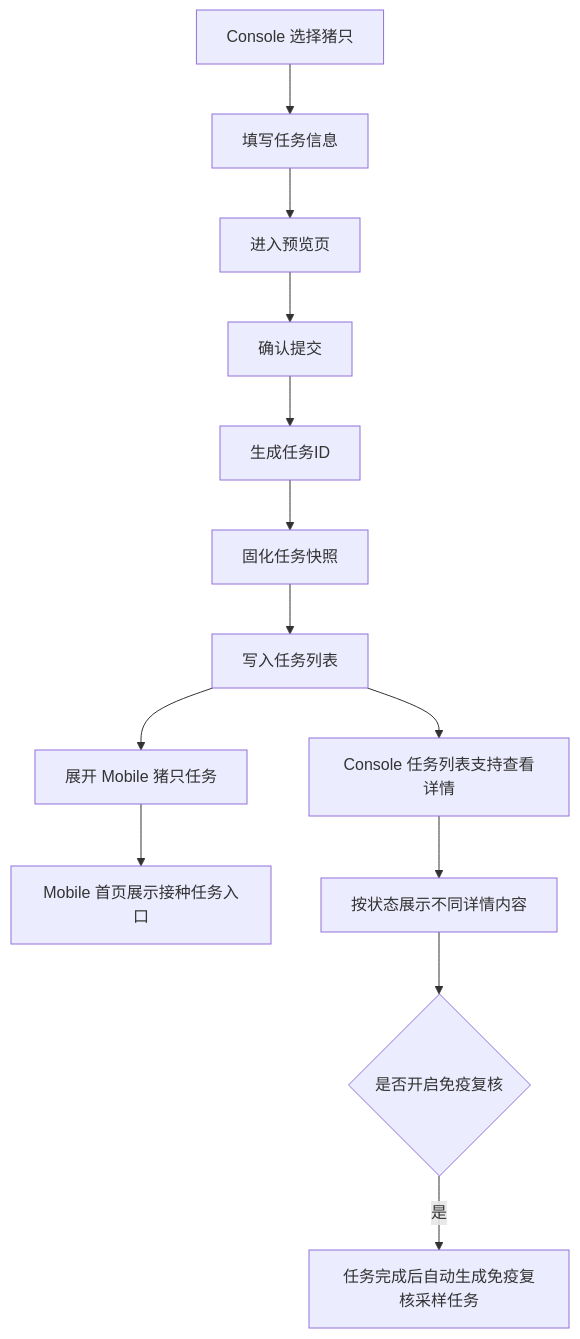
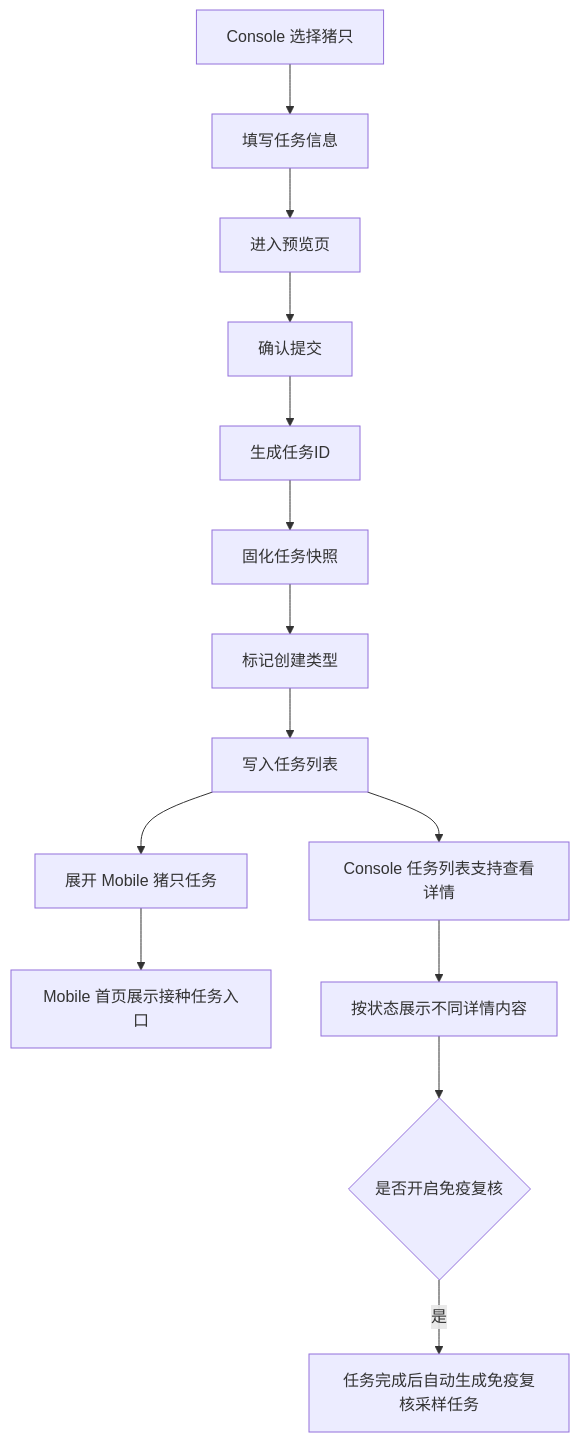
One commit to 91Dhua/Vaccine changed the first of 2 diagrams in prds/vaccine prd/04-疫苗任务.md. Above: the diagram before and after it, drawn with Mermaid. The commit also changed other lines of this file and 16 other files, not shown here.

````diff
--- a/prds/vaccine prd/04-疫苗任务.md
+++ b/prds/vaccine prd/04-疫苗任务.md
@@ -32,15 +33,16 @@
 ```mermaid
 flowchart TD
   A[Console 选择猪只] --> B[填写任务信息]
   B --> C[进入预览页]
   C --> D[确认提交]
   D --> E[生成任务ID]
   E --> F[固化任务快照]
-  F --> G[写入任务列表]
+  F --> F1[标记创建类型]
+  F1 --> G[写入任务列表]
   G --> H[展开 Mobile 猪只任务]
   H --> I[Mobile 首页展示接种任务入口]
   G --> J[Console 任务列表支持查看详情]
   J --> K[按状态展示不同详情内容]
   K --> L{是否开启免疫复核}
   L -->|是| M[任务完成后自动生成免疫复核采样任务]
 ```
````
